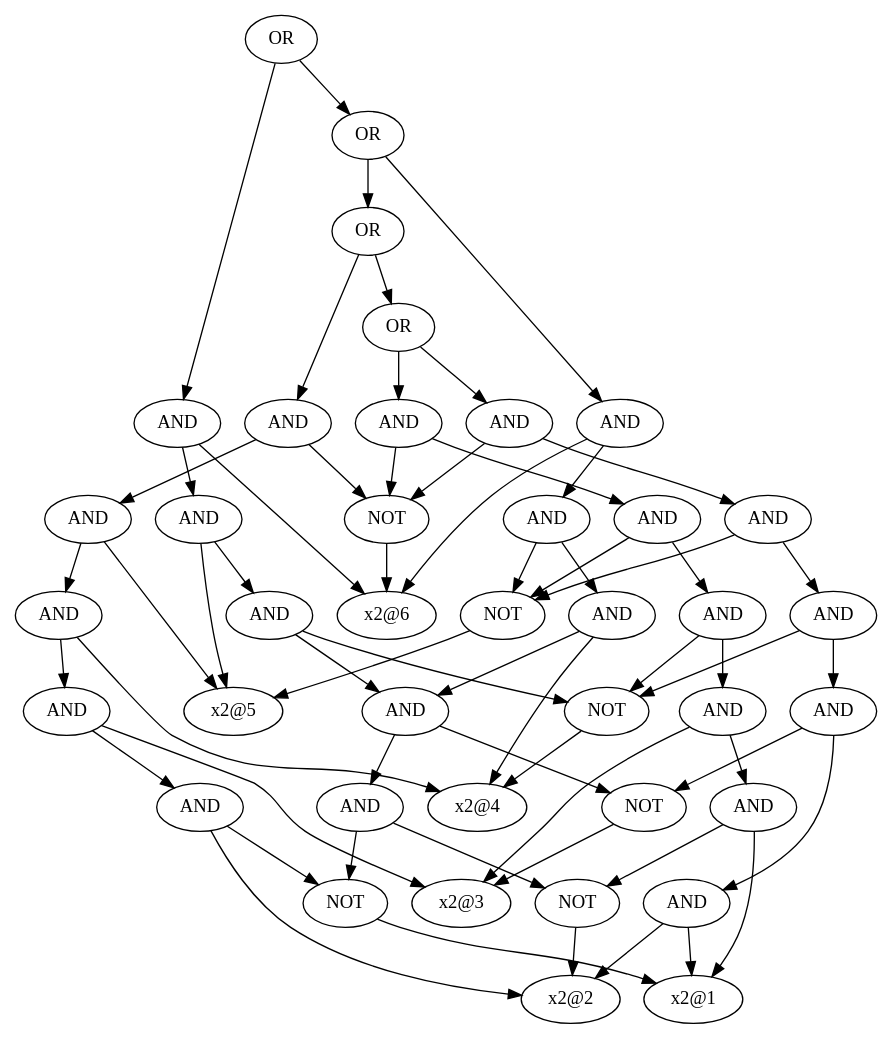
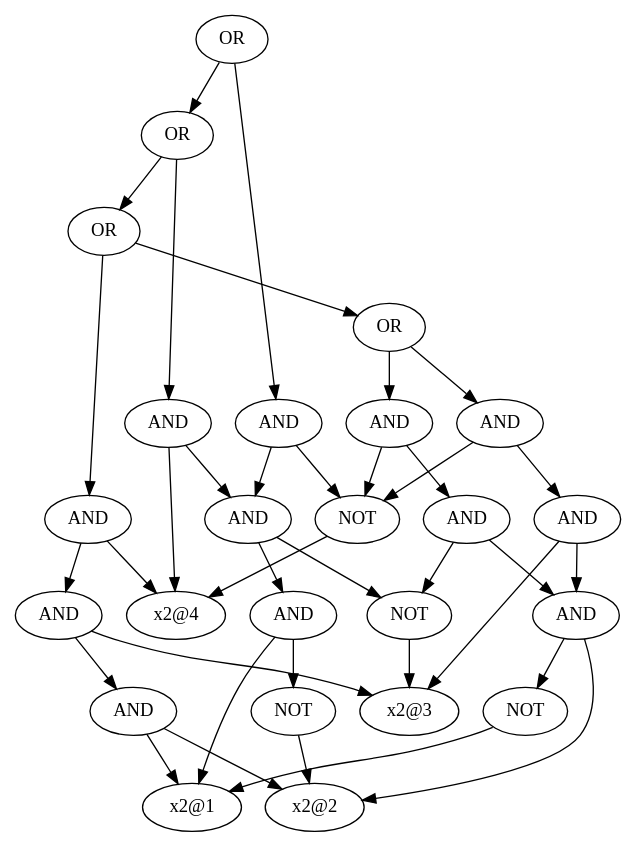
Before and after one commit to toda-lab/pygplib: the diagram in data/t3.dot, drawn with Graphviz. The commit also changed 9 other files, not shown here.

```diff
--- a/data/t3.dot
+++ b/data/t3.dot
@@ -1,101 +1,62 @@
 digraph output {
-	139815457115488 [label = OR]
-	139815457115392 [label = OR]
-	139815457115296 [label = OR]
-	139815457394896 [label = OR]
-	139815457113232 [label = AND]
-	139815457113136 [label = AND]
-	139815457112992 [label = AND]
-	139815457395136 [label = AND]
-	139815457397824 [label = AND]
-	139815457815952 [label = "x2@1"]
-	139815457815904 [label = "x2@2"]
-	139815457397824 -> 139815457815952
-	139815457397824 -> 139815457815904
-	139815457396000 [label = NOT]
-	139815457816240 [label = "x2@3"]
-	139815457396000 -> 139815457816240
-	139815457395136 -> 139815457397824
-	139815457395136 -> 139815457396000
-	139815457396576 [label = NOT]
-	139815457345840 [label = "x2@4"]
-	139815457396576 -> 139815457345840
-	139815457112992 -> 139815457395136
-	139815457112992 -> 139815457396576
-	139815457397392 [label = NOT]
-	139815457345792 [label = "x2@5"]
-	139815457397392 -> 139815457345792
-	139815457113136 -> 139815457112992
-	139815457113136 -> 139815457397392
-	139815457398016 [label = NOT]
-	139815457345600 [label = "x2@6"]
-	139815457398016 -> 139815457345600
-	139815457113232 -> 139815457113136
-	139815457113232 -> 139815457398016
-	139815457113808 [label = AND]
-	139815457113712 [label = AND]
-	139815457113616 [label = AND]
-	139815457113520 [label = AND]
-	139815457113328 [label = AND]
-	139815457113376 [label = NOT]
-	139815457113376 -> 139815457815904
-	139815457113328 -> 139815457815952
-	139815457113328 -> 139815457113376
-	139815457113520 -> 139815457113328
-	139815457113520 -> 139815457816240
-	139815457113616 -> 139815457113520
-	139815457113616 -> 139815457396576
-	139815457113712 -> 139815457113616
-	139815457113712 -> 139815457397392
-	139815457113808 -> 139815457113712
-	139815457113808 -> 139815457398016
-	139815457394896 -> 139815457113232
-	139815457394896 -> 139815457113808
-	139815457114384 [label = AND]
-	139815457114288 [label = AND]
-	139815457114192 [label = AND]
-	139815457114096 [label = AND]
-	139815457114000 [label = AND]
-	139815457113856 [label = NOT]
-	139815457113856 -> 139815457815952
-	139815457114000 -> 139815457113856
-	139815457114000 -> 139815457815904
-	139815457114096 -> 139815457114000
-	139815457114096 -> 139815457816240
-	139815457114192 -> 139815457114096
-	139815457114192 -> 139815457345840
-	139815457114288 -> 139815457114192
-	139815457114288 -> 139815457345792
-	139815457114384 -> 139815457114288
-	139815457114384 -> 139815457398016
-	139815457115296 -> 139815457394896
-	139815457115296 -> 139815457114384
-	139815457114864 [label = AND]
-	139815457114768 [label = AND]
-	139815457114672 [label = AND]
-	139815457114576 [label = AND]
-	139815457114528 [label = AND]
-	139815457114528 -> 139815457113856
-	139815457114528 -> 139815457113376
-	139815457114576 -> 139815457114528
-	139815457114576 -> 139815457396000
-	139815457114672 -> 139815457114576
-	139815457114672 -> 139815457345840
-	139815457114768 -> 139815457114672
-	139815457114768 -> 139815457397392
-	139815457114864 -> 139815457114768
-	139815457114864 -> 139815457345600
-	139815457115392 -> 139815457115296
-	139815457115392 -> 139815457114864
-	139815457115152 [label = AND]
-	139815457115056 [label = AND]
-	139815457115008 [label = AND]
-	139815457115008 -> 139815457114576
-	139815457115008 -> 139815457396576
-	139815457115056 -> 139815457115008
-	139815457115056 -> 139815457345792
-	139815457115152 -> 139815457115056
-	139815457115152 -> 139815457345600
-	139815457115488 -> 139815457115392
-	139815457115488 -> 139815457115152
+	140554792033872 [label = OR]
+	140554792033776 [label = OR]
+	140554792033632 [label = OR]
+	140554792033536 [label = OR]
+	140554792032480 [label = AND]
+	140554792032384 [label = AND]
+	140554792032288 [label = AND]
+	140554792032144 [label = NOT]
+	140554791940048 [label = "x2@1"]
+	140554792032144 -> 140554791940048
+	140554791937840 [label = "x2@2"]
+	140554792032288 -> 140554792032144
+	140554792032288 -> 140554791937840
+	140554791937360 [label = "x2@3"]
+	140554792032384 -> 140554792032288
+	140554792032384 -> 140554791937360
+	140554792032240 [label = NOT]
+	140554791937504 [label = "x2@4"]
+	140554792032240 -> 140554791937504
+	140554792032480 -> 140554792032384
+	140554792032480 -> 140554792032240
+	140554792032768 [label = AND]
+	140554792032720 [label = AND]
+	140554792032528 [label = NOT]
+	140554792032528 -> 140554791937360
+	140554792032720 -> 140554792032288
+	140554792032720 -> 140554792032528
+	140554792032768 -> 140554792032720
+	140554792032768 -> 140554792032240
+	140554792033536 -> 140554792032480
+	140554792033536 -> 140554792032768
+	140554792033056 [label = AND]
+	140554792033008 [label = AND]
+	140554792032912 [label = AND]
+	140554792032912 -> 140554791940048
+	140554792032912 -> 140554791937840
+	140554792033008 -> 140554792032912
+	140554792033008 -> 140554791937360
+	140554792033056 -> 140554792033008
+	140554792033056 -> 140554791937504
+	140554792033632 -> 140554792033536
+	140554792033632 -> 140554792033056
+	140554792033440 [label = AND]
+	140554792033344 [label = AND]
+	140554792033152 [label = AND]
+	140554792033200 [label = NOT]
+	140554792033200 -> 140554791937840
+	140554792033152 -> 140554791940048
+	140554792033152 -> 140554792033200
+	140554792033344 -> 140554792033152
+	140554792033344 -> 140554792032528
+	140554792033440 -> 140554792033344
+	140554792033440 -> 140554791937504
+	140554792033776 -> 140554792033632
+	140554792033776 -> 140554792033440
+	140554792033488 [label = AND]
+	140554792033488 -> 140554792033344
+	140554792033488 -> 140554792032240
+	140554792033872 -> 140554792033776
+	140554792033872 -> 140554792033488
 }
```
